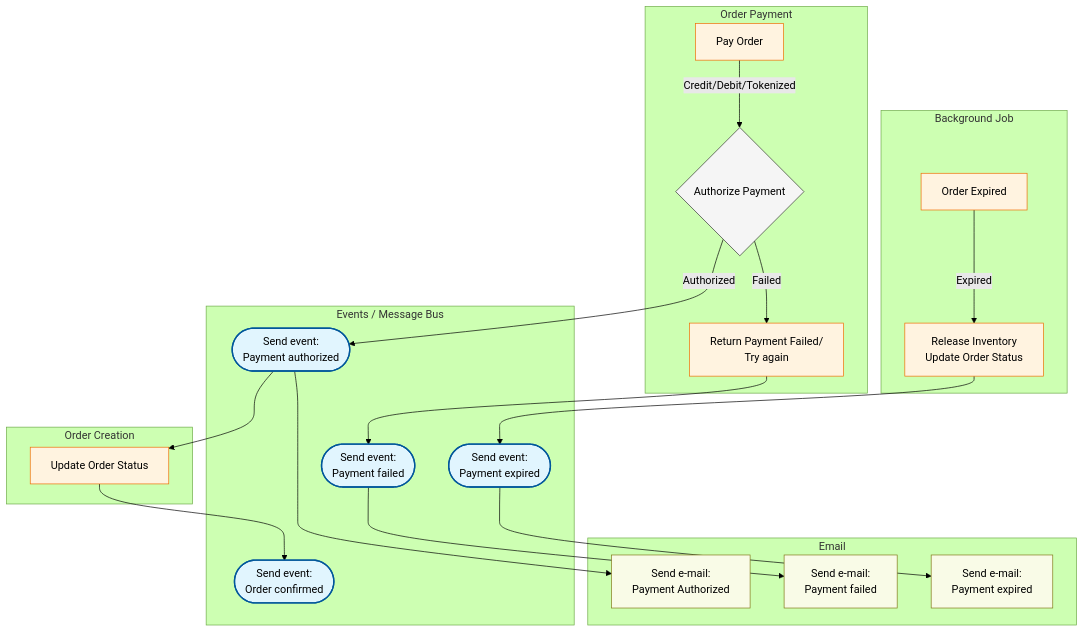
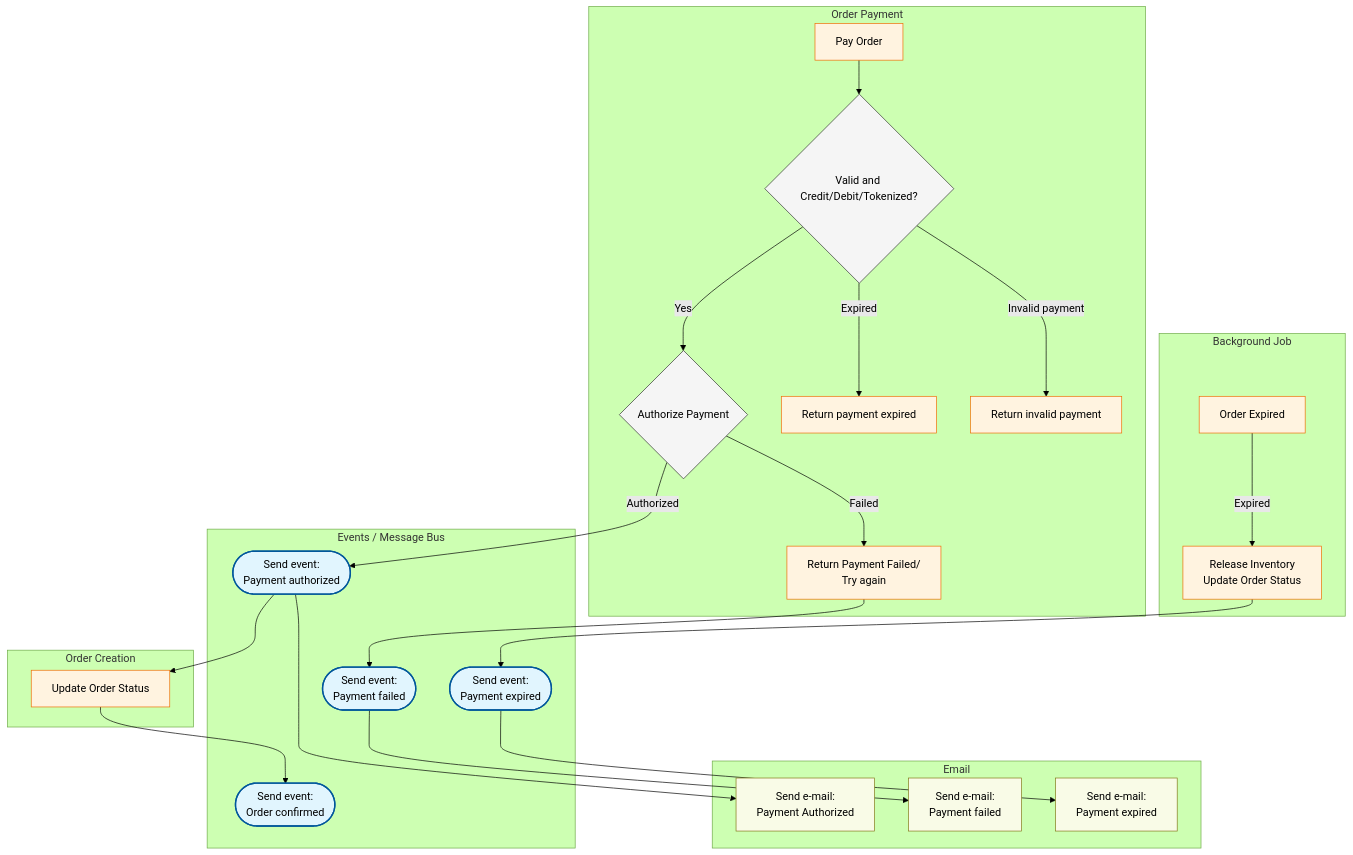
The second of 4 diagrams in README.md (RobertoFreireDev/Order-Management), drawn with Mermaid (forest theme) before and after one commit. The commit also changed other lines of this file, not shown here.

Commit message:
Update payment flow

````diff
--- a/README.md
+++ b/README.md
@@ -61,52 +61,56 @@
 ```mermaid
 flowchart TD
     %% Subgraph Styling
     classDef event fill:#e1f5fe,stroke:#01579b,stroke-width:2px;
     classDef logic fill:#f5f5f5,stroke:#333,stroke-width:1px;
     classDef order fill:#fff3e0,stroke:#ef6c00,stroke-width:1px;
     classDef note fill:#f9fbe7,stroke:#827717,stroke-width:1px;
 
     subgraph Order_Payment [Order Payment]
-        A1[Pay Order] --> |"Credit/Debit/Tokenized"| E{Authorize Payment}
+        A1[Pay Order] --> B{Valid and Credit/Debit/Tokenized?}
+        B --> |"Yes"| E
+        B --> |"Expired"| C[Return payment expired]
+        B --> |"Invalid payment"| C1[Return invalid payment]
+        E{Authorize Payment}
         E -->|Failed| G1[Return Payment Failed/<br/>Try again]
     end
 
     subgraph Order_Creation [Order Creation]
         G[Update Order Status]
     end
 
     subgraph Order_Payment_Background_Job [Background Job]
         A2[Order Expired] --> |Expired| F[Release Inventory<br/>Update Order Status]
     end
 
     subgraph Events [Events / Message Bus]
         H([Send event:<br/>Payment authorized])
         H1([Send event:<br/>Payment failed])
         H2([Send event:<br/>Payment expired])
         H3([Send event:<br/>Order confirmed])
     end
 
     subgraph Email [Email]
         I[Send e-mail: <br/>Payment Authorized]
         I1[Send e-mail: <br/>Payment failed]
         I2[Send e-mail: <br/>Payment expired]
     end
 
     %% Logic to Events
     F --> H2
     G1 --> H1
     
     %% Event Distribution
     E -->|Authorized| H
     H --> I
     H --> G
     G --> H3
     H1 --> I1
     H2 --> I2
 
     %% Class Assignments
     class H,H1,H2,H3 event;
-    class E logic;
-    class A1,G,G1,A2,F order;
+    class E,B logic;
+    class A1,C,C1,G,G1,A2,F order;
     class I,I1,I2 note;
 ```
````
